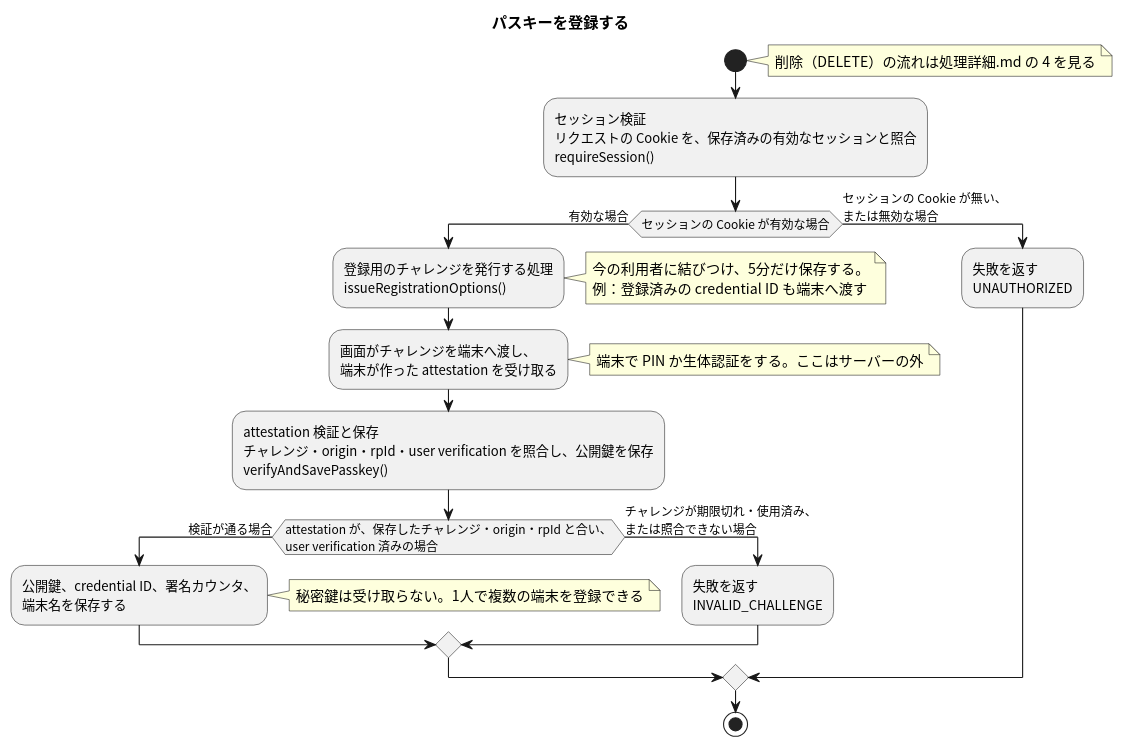
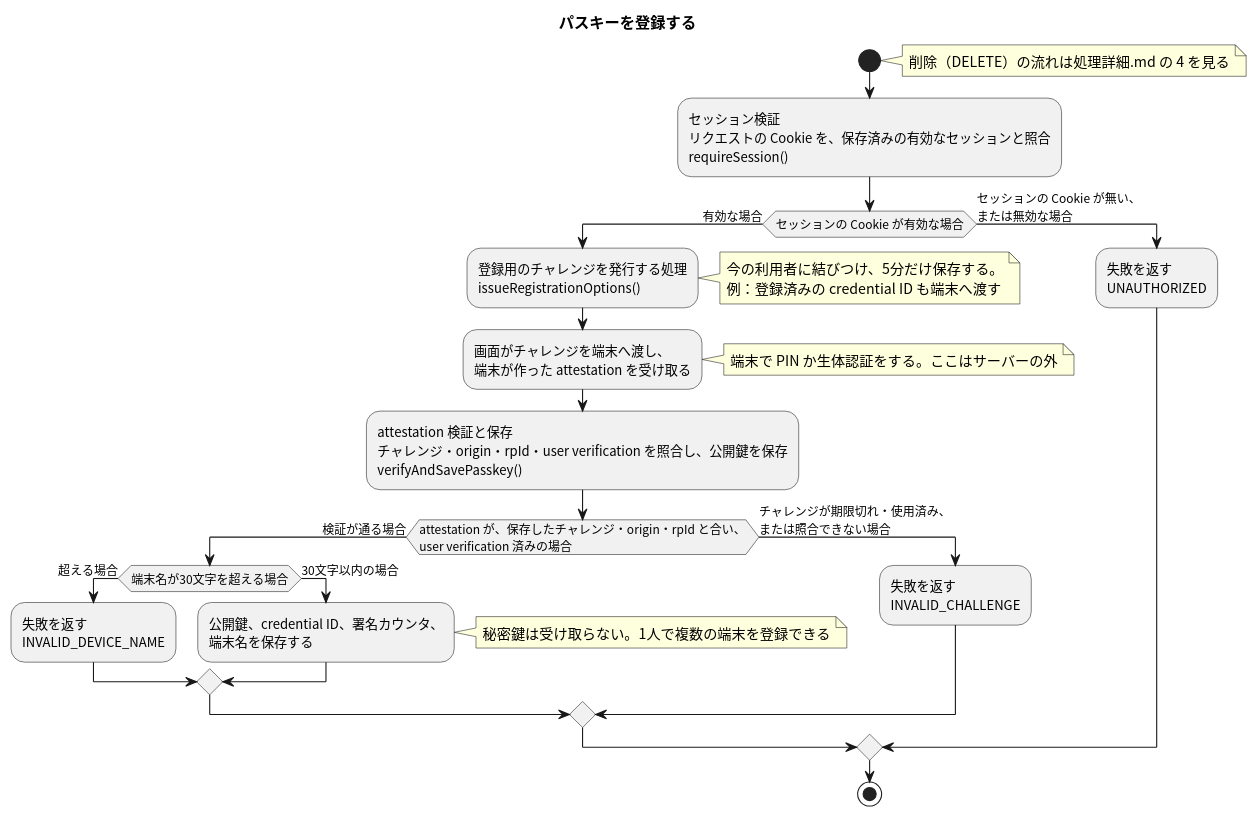
One commit to masamasamasato/design-doc-template changed the diagram in apis/register-passkey/flow.puml. Above: the diagram before and after it, drawn with PlantUML. The commit also changed 6 other files, not shown here.

First line of the commit message:
パスキー登録の端末名上限から空の「（例：）」を外し、構成図と注文照合検証も直す

```diff
--- a/apis/register-passkey/flow.puml
+++ b/apis/register-passkey/flow.puml
@@ -3,27 +3,31 @@
 @startuml
 skinparam shadowing false
 skinparam defaultFontName "Noto Sans CJK JP"
 skinparam ActivityFontName "Noto Sans CJK JP"
 
 title パスキーを登録する
 
 start
 note right: 削除（DELETE）の流れは処理詳細.md の 4 を見る
 :セッション検証\nリクエストの Cookie を、保存済みの有効なセッションと照合\nrequireSession();
 if (セッションの Cookie が有効な場合) then (有効な場合)
   :登録用のチャレンジを発行する処理\nissueRegistrationOptions();
   note right: 今の利用者に結びつけ、5分だけ保存する。\n例：登録済みの credential ID も端末へ渡す
   :画面がチャレンジを端末へ渡し、\n端末が作った attestation を受け取る;
   note right: 端末で PIN か生体認証をする。ここはサーバーの外
   :attestation 検証と保存\nチャレンジ・origin・rpId・user verification を照合し、公開鍵を保存\nverifyAndSavePasskey();
   if (attestation が、保存したチャレンジ・origin・rpId と合い、\nuser verification 済みの場合) then (検証が通る場合)
-    :公開鍵、credential ID、署名カウンタ、\n端末名を保存する;
-    note right: 秘密鍵は受け取らない。1人で複数の端末を登録できる
+    if (端末名が30文字を超える場合) then (超える場合)
+      :失敗を返す\nINVALID_DEVICE_NAME;
+    else (30文字以内の場合)
+      :公開鍵、credential ID、署名カウンタ、\n端末名を保存する;
+      note right: 秘密鍵は受け取らない。1人で複数の端末を登録できる
+    endif
   else (チャレンジが期限切れ・使用済み、\nまたは照合できない場合)
     :失敗を返す\nINVALID_CHALLENGE;
   endif
 else (セッションの Cookie が無い、\nまたは無効な場合)
   :失敗を返す\nUNAUTHORIZED;
 endif
 stop
 @enduml
```
